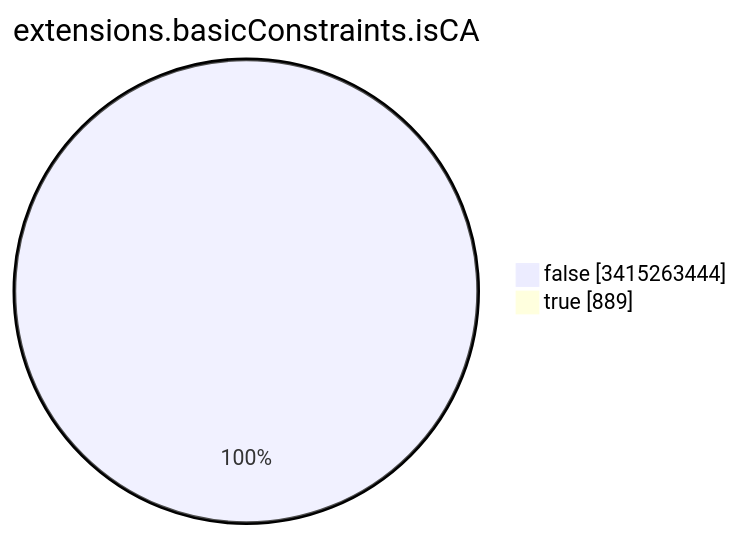
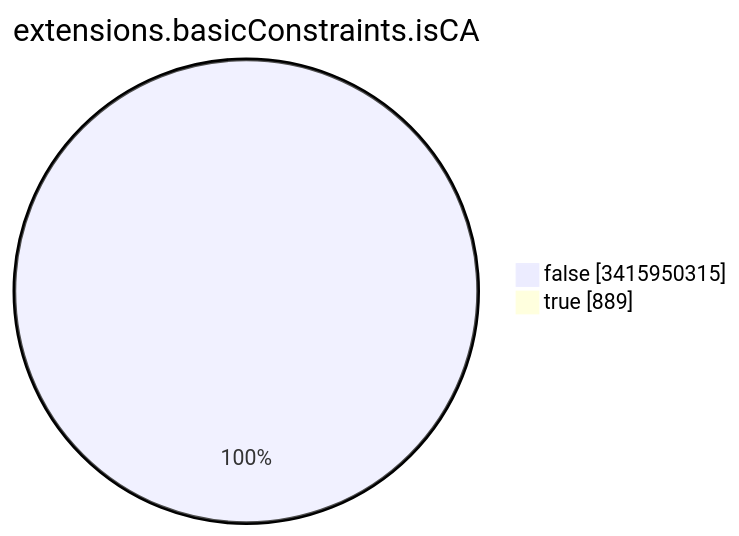
Before and after one commit to christiankrug/ctmonitor_visualization: the seventh of 15 diagrams in TOTAL/README.md, drawn with Mermaid. The commit also changed other lines of this file, not shown here.

````diff
--- a/TOTAL/README.md
+++ b/TOTAL/README.md
@@ -3092,6 +3092,6 @@
 ```mermaid
 pie showData
 title extensions.basicConstraints.isCA
-"false" :3415263444
+"false" :3415950315
 "true" :889
 ```
````
